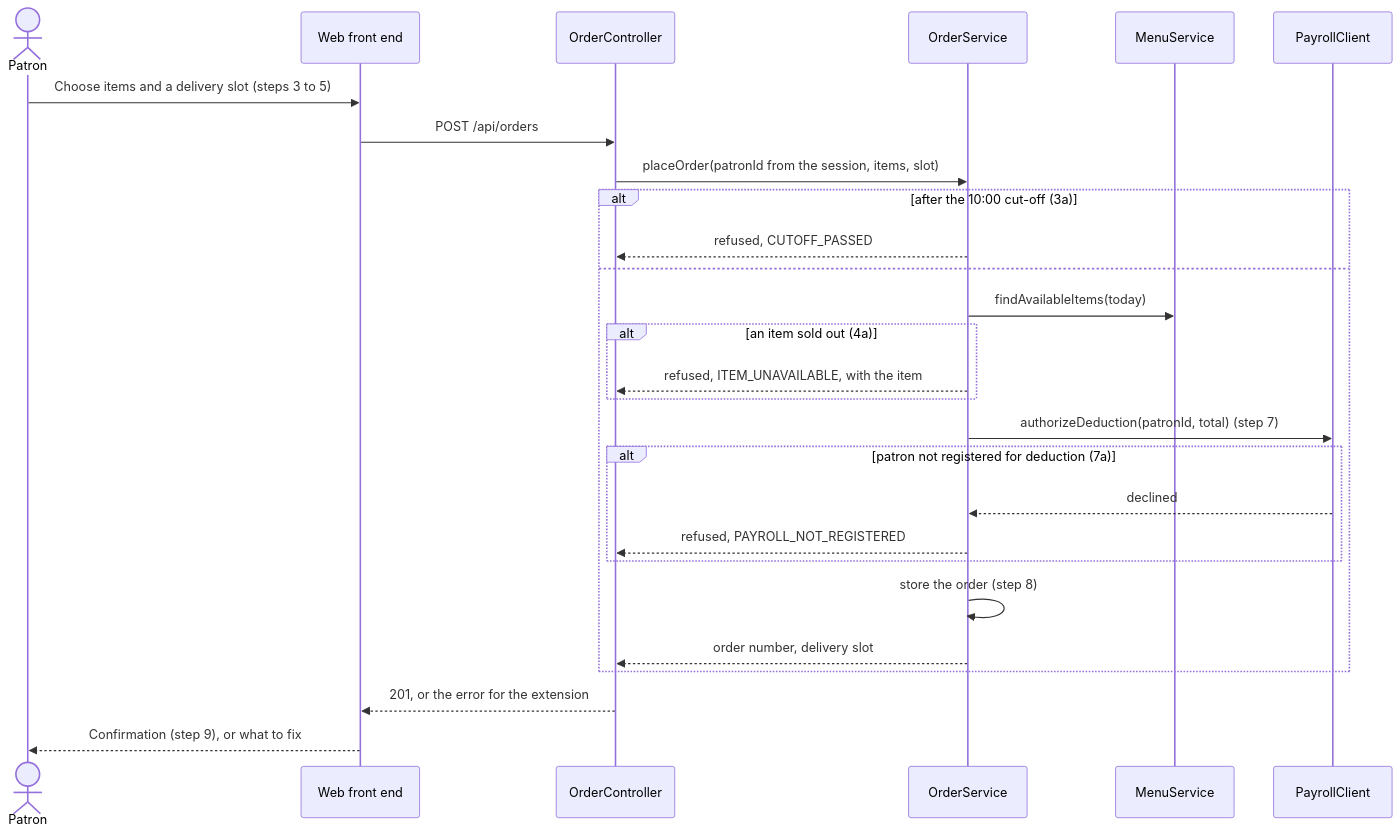
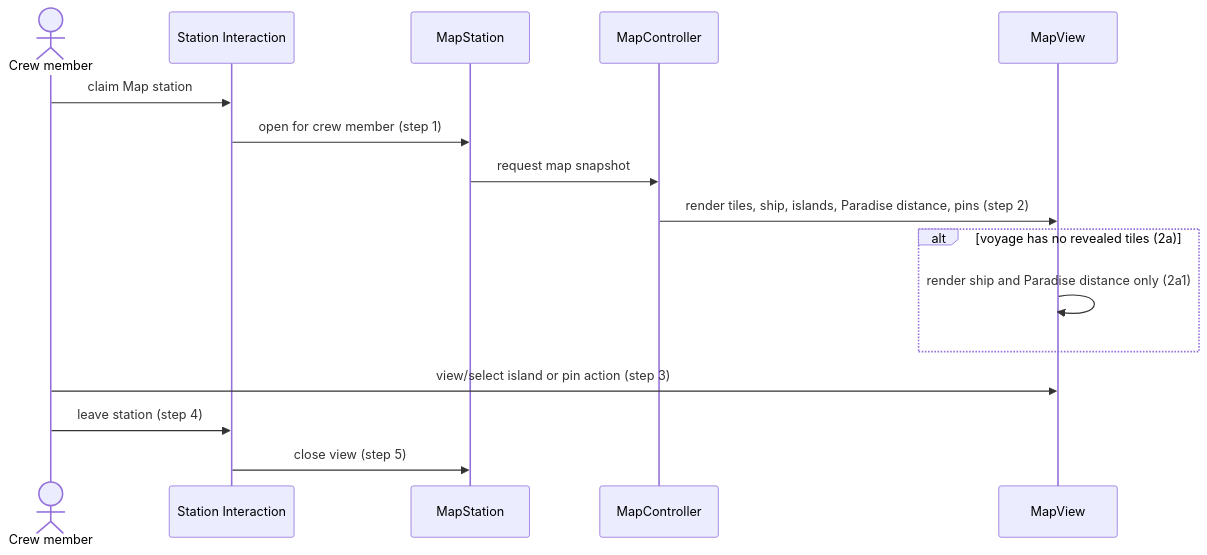
The second of 6 diagrams in docs/design/MAP.md (whitneyakred/gaming), drawn with Mermaid before and after one commit. The commit also changed other lines of this file and 2 other files, not shown here.

Commit message:
initial fill of map and sys md files

````diff
--- a/docs/design/MAP.md
+++ b/docs/design/MAP.md
@@ -87,29 +88,18 @@
 ```mermaid
 sequenceDiagram
-    actor P as Patron
-    participant WEB as Web front end
-    participant OC as OrderController
-    participant OS as OrderService
-    participant MS as MenuService
-    participant PC as PayrollClient
-    P->>WEB: Choose items and a delivery slot (steps 3 to 5)
-    WEB->>OC: POST /api/orders
-    OC->>OS: placeOrder(patronId from the session, items, slot)
-    alt after the 10:00 cut-off (3a)
-        OS-->>OC: refused, CUTOFF_PASSED
-    else
-        OS->>MS: findAvailableItems(today)
-        alt an item sold out (4a)
-            OS-->>OC: refused, ITEM_UNAVAILABLE, with the item
-        end
-        OS->>PC: authorizeDeduction(patronId, total) (step 7)
-        alt patron not registered for deduction (7a)
-            PC-->>OS: declined
-            OS-->>OC: refused, PAYROLL_NOT_REGISTERED
-        end
-        OS->>OS: store the order (step 8)
-        OS-->>OC: order number, delivery slot
+    actor C as Crew member
+    participant S as Station Interaction
+    participant MS as MapStation
+    participant MC as MapController
+    participant MV as MapView
+    C->>S: claim Map station
+    S->>MS: open for crew member (step 1)
+    MS->>MC: request map snapshot
+    MC->>MV: render tiles, ship, islands, Paradise distance, pins (step 2)
+    alt voyage has no revealed tiles (2a)
+        MV->>MV: render ship and Paradise distance only (2a1)
     end
-    OC-->>WEB: 201, or the error for the extension
-    WEB-->>P: Confirmation (step 9), or what to fix
+    C->>MV: view/select island or pin action (step 3)
+    C->>S: leave station (step 4)
+    S->>MS: close view (step 5)
 ```
````
